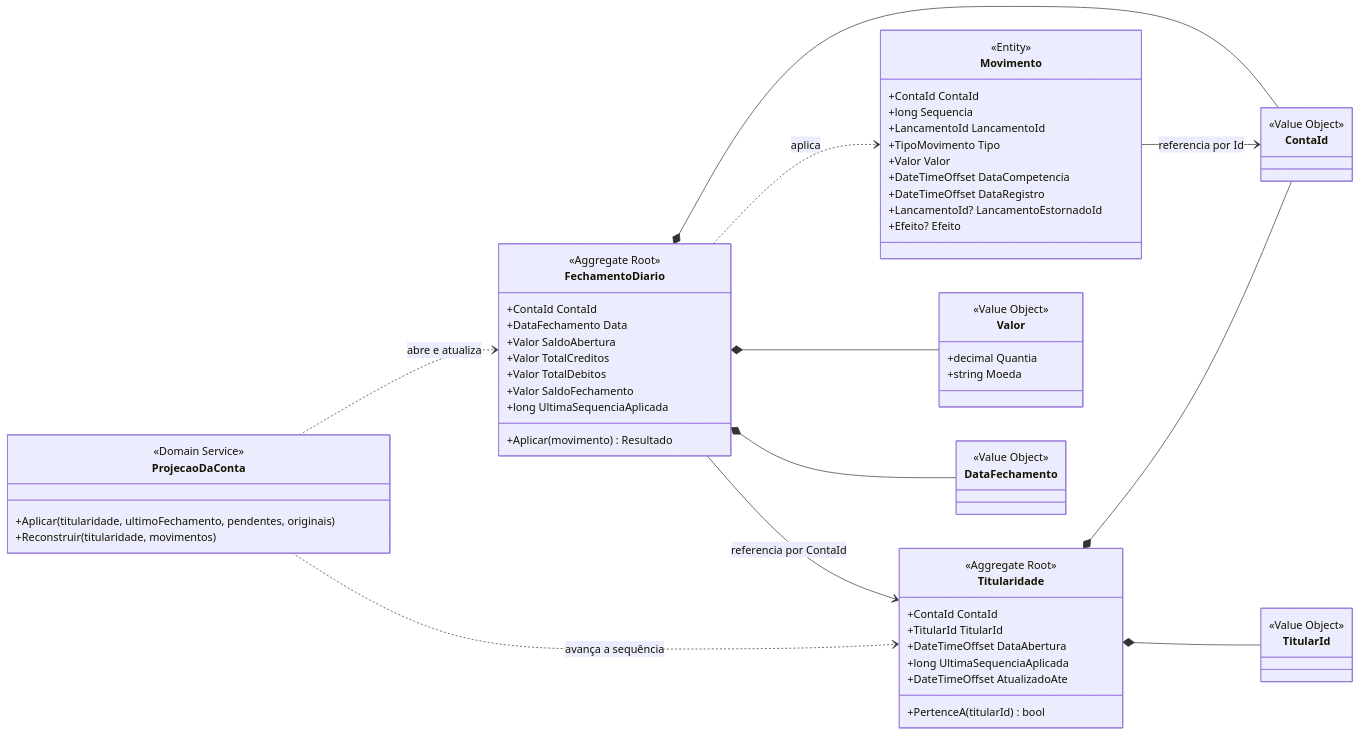
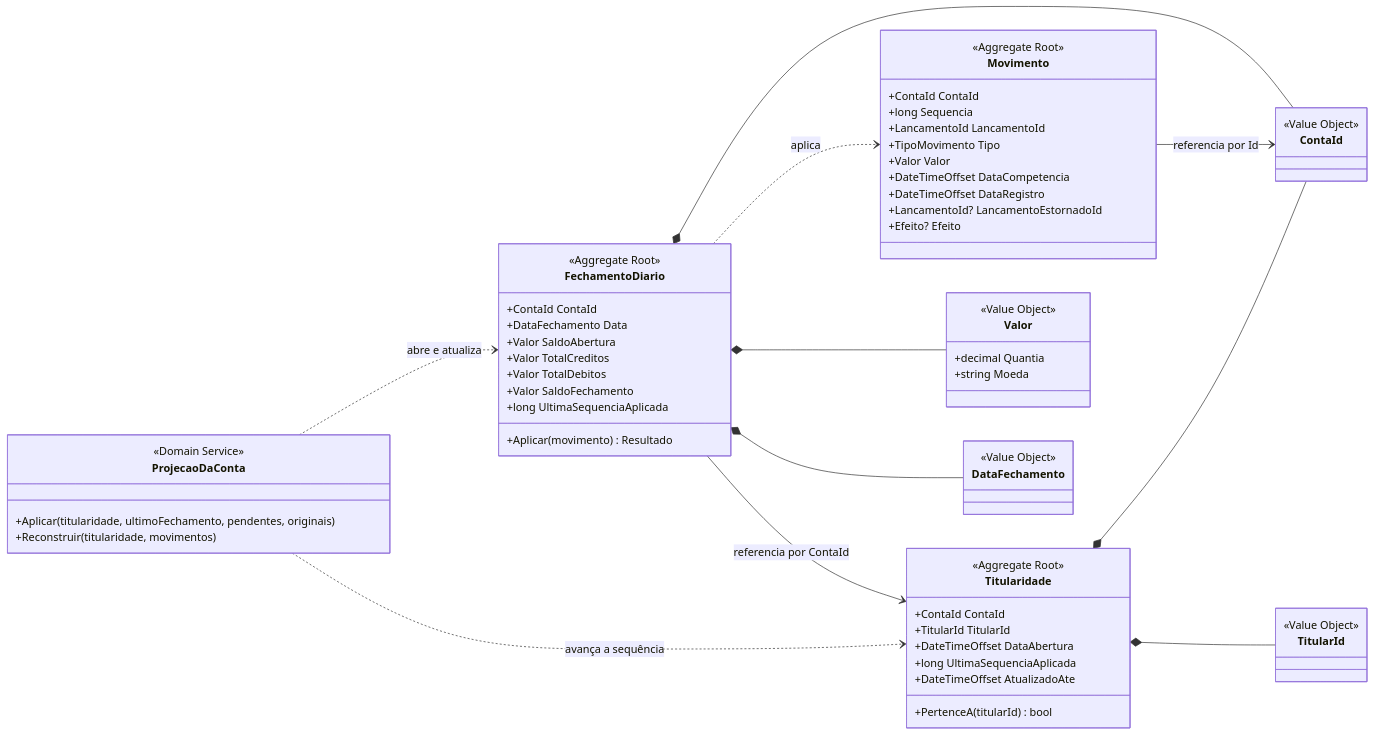
The diagram in diagramas/02-ddd-tatico/03-posicao-consolidada-modelo-de-dominio.md (ArturRibeiro/desafio-tecnico), drawn with Mermaid before and after one commit. The commit also changed other lines of this file and 213 other files, not shown here.

````diff
--- a/diagramas/02-ddd-tatico/03-posicao-consolidada-modelo-de-dominio.md
+++ b/diagramas/02-ddd-tatico/03-posicao-consolidada-modelo-de-dominio.md
@@ -7,72 +7,72 @@
 ```mermaid
 classDiagram
     direction LR
 
     class FechamentoDiario {
         <<Aggregate Root>>
         +ContaId ContaId
         +DataFechamento Data
         +Valor SaldoAbertura
         +Valor TotalCreditos
         +Valor TotalDebitos
         +Valor SaldoFechamento
         +long UltimaSequenciaAplicada
         +Aplicar(movimento) Resultado
     }
 
     class Titularidade {
         <<Aggregate Root>>
         +ContaId ContaId
         +TitularId TitularId
         +DateTimeOffset DataAbertura
         +long UltimaSequenciaAplicada
         +DateTimeOffset AtualizadoAte
         +PertenceA(titularId) bool
     }
 
     class Movimento {
-        <<Entity>>
+        <<Aggregate Root>>
         +ContaId ContaId
         +long Sequencia
         +LancamentoId LancamentoId
         +TipoMovimento Tipo
         +Valor Valor
         +DateTimeOffset DataCompetencia
         +DateTimeOffset DataRegistro
         +LancamentoId? LancamentoEstornadoId
         +Efeito? Efeito
     }
 
     class ProjecaoDaConta {
         <<Domain Service>>
         +Aplicar(titularidade, ultimoFechamento, pendentes, originais)
         +Reconstruir(titularidade, movimentos)
     }
 
 
     class Valor {
         <<Value Object>>
         +decimal Quantia
         +string Moeda
     }
     class ContaId {
         <<Value Object>>
     }
     class DataFechamento {
         <<Value Object>>
     }
     class TitularId {
         <<Value Object>>
     }
 
     FechamentoDiario ..> Movimento : aplica
     FechamentoDiario *-- ContaId
     FechamentoDiario *-- DataFechamento
     FechamentoDiario *-- Valor
     Movimento --> ContaId : referencia por Id
     Titularidade *-- ContaId
     Titularidade *-- TitularId
     FechamentoDiario --> Titularidade : referencia por ContaId
     ProjecaoDaConta ..> FechamentoDiario : abre e atualiza
     ProjecaoDaConta ..> Titularidade : avança a sequência
 ```
````
